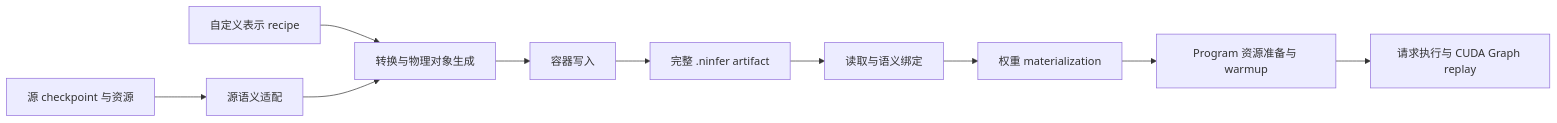
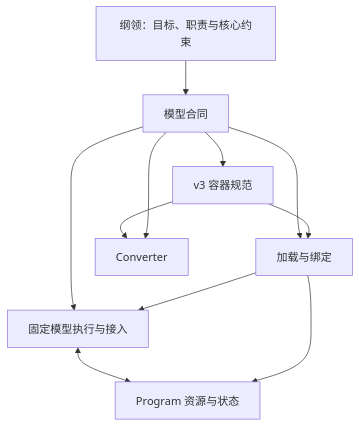
One commit to 0xrjman/ninfer changed the fifth of 5 diagrams in docs/maintainer/model-weight-execution.md. Above: the diagram before and after it, drawn with Mermaid. The commit also changed other lines of this file and 12 other files, not shown here.

Commit message:
docs(architecture): define model and weight decoupling contracts

````diff
--- a/docs/maintainer/model-weight-execution.md
+++ b/docs/maintainer/model-weight-execution.md
@@ -23,12 +720,13 @@
 ```mermaid
-flowchart LR
-    S[源 checkpoint 与资源] --> A[源语义适配]
-    R[自定义表示 recipe] --> C[转换与物理对象生成]
-    A --> C
-    C --> W[容器写入]
-    W --> F[完整 .ninfer artifact]
-    F --> B[读取与语义绑定]
-    B --> M[权重 materialization]
-    M --> P[Program 资源准备与 warmup]
-    P --> E[请求执行与 CUDA Graph replay]
+flowchart TB
+    G["纲领：目标、职责与核心约束"] --> M["模型合同"]
+    M --> C["v3 容器规范"]
+    M --> L["加载与绑定"]
+    M --> R["固定模型执行与接入"]
+    C --> W["Converter"]
+    C --> L
+    M --> W
+    L --> R
+    R <--> P["Program 资源与状态"]
+    L --> P
 ```
````
